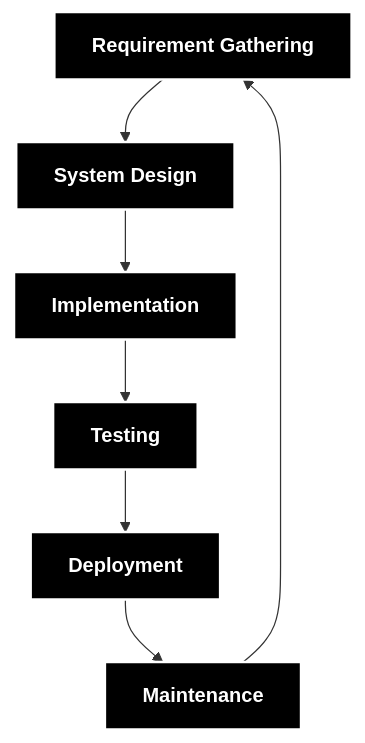
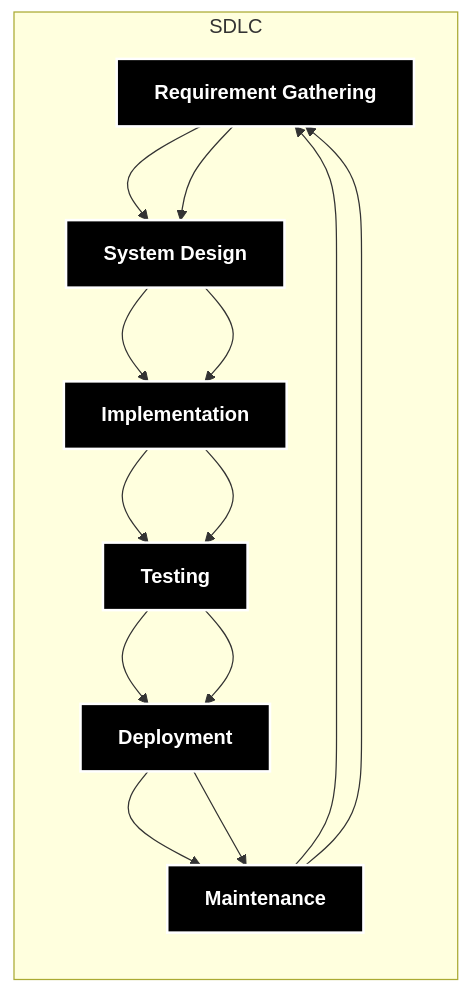
Before and after one commit to email4prasanth/MLOps_Notes: the diagram in 00_Intro.md, drawn with Mermaid.

Commit message:
added SDLC

````diff
--- a/00_Intro.md
+++ b/00_Intro.md
@@ -2,16 +2,22 @@
 ```mermaid
 flowchart TD
     A[Requirement Gathering] --> B[System Design]
     B --> C[Implementation]
     C --> D[Testing]
     D --> E[Deployment]
     E --> F[Maintenance]
     F --> A
 
     style A fill:#000,stroke:#fff,stroke-width:2px,color:#fff,font-weight:bold
     style B fill:#000,stroke:#fff,stroke-width:2px,color:#fff,font-weight:bold
     style C fill:#000,stroke:#fff,stroke-width:2px,color:#fff,font-weight:bold
     style D fill:#000,stroke:#fff,stroke-width:2px,color:#fff,font-weight:bold
     style E fill:#000,stroke:#fff,stroke-width:2px,color:#fff,font-weight:bold
     style F fill:#000,stroke:#fff,stroke-width:2px,color:#fff,font-weight:bold
+
+    %% Subgraph to enforce rectangular layout
+    subgraph SDLC
+        direction TB
+        A --> B --> C --> D --> E --> F --> A
+    end
 ```
````
